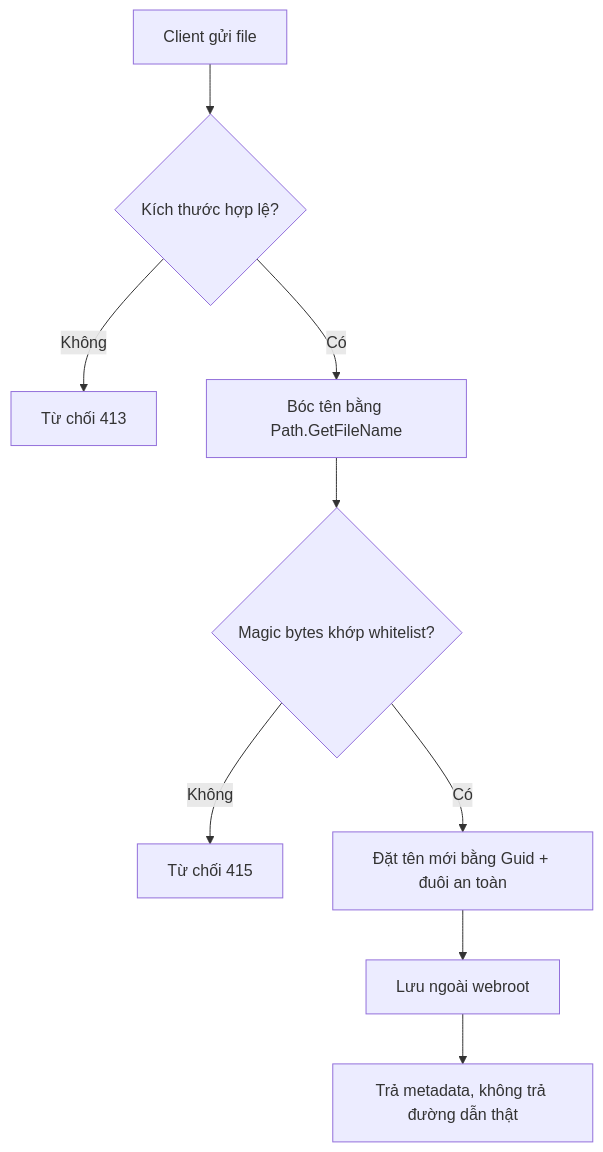
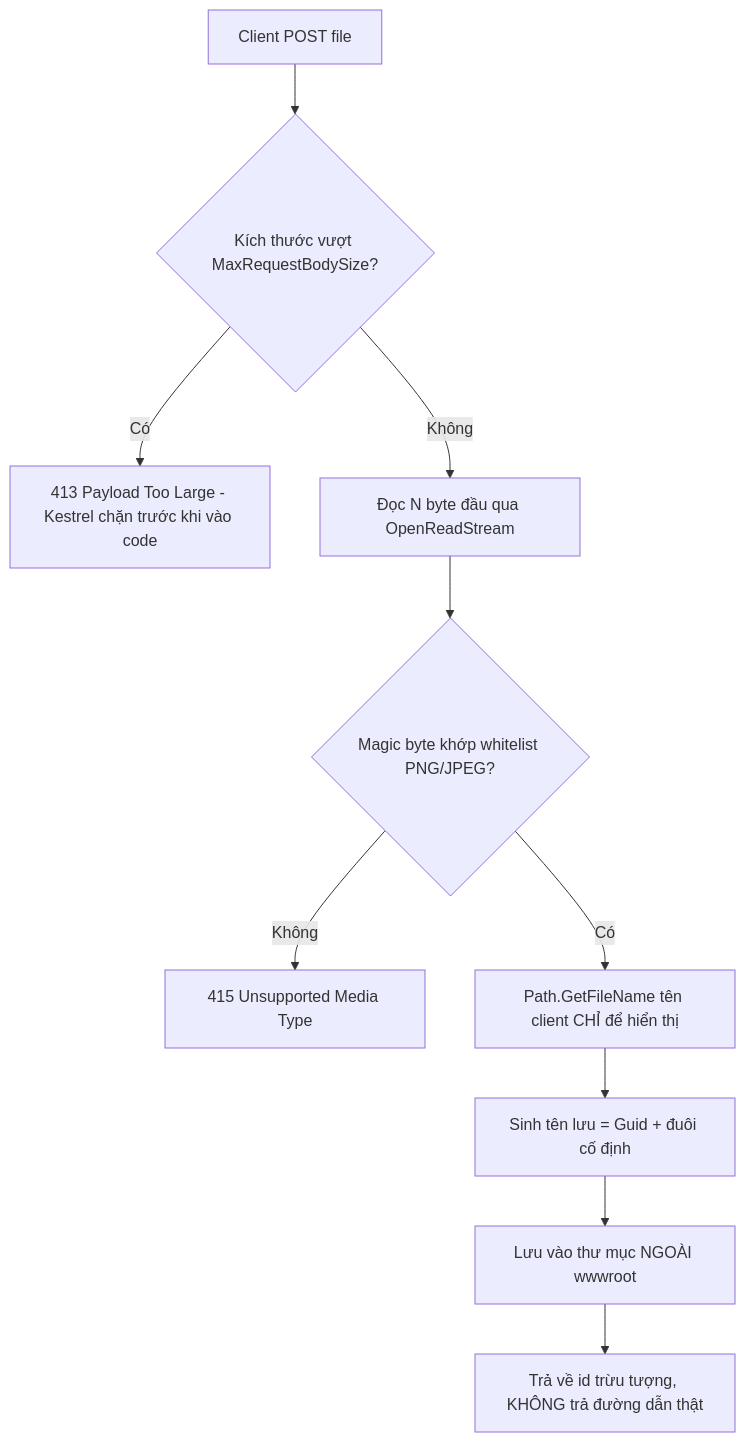
Before and after one commit to iamrealBi/learning-hub-v2: the diagram in docs/p4-bao-mat/tai-file-an-toan.md, drawn with Mermaid. The commit also changed other lines of this file and 7 other files, not shown here.

````diff
--- a/docs/p4-bao-mat/tai-file-an-toan.md
+++ b/docs/p4-bao-mat/tai-file-an-toan.md
@@ -44,11 +274,12 @@
 ```mermaid
 flowchart TD
-    A[Client gửi file] --> B{Kích thước hợp lệ?}
-    B -->|Không| R[Từ chối 413]
-    B -->|Có| C[Bóc tên bằng Path.GetFileName]
-    C --> D{Magic bytes khớp whitelist?}
-    D -->|Không| R2[Từ chối 415]
-    D -->|Có| E[Đặt tên mới bằng Guid + đuôi an toàn]
-    E --> F[Lưu ngoài webroot]
-    F --> G[Trả metadata, không trả đường dẫn thật]
+    A[Client POST file] --> B{Kích thước vượt MaxRequestBodySize?}
+    B -->|Có| R1[413 Payload Too Large - Kestrel chặn trước khi vào code]
+    B -->|Không| C[Đọc N byte đầu qua OpenReadStream]
+    C --> D{Magic byte khớp whitelist PNG/JPEG?}
+    D -->|Không| R2[415 Unsupported Media Type]
+    D -->|Có| E[Path.GetFileName tên client CHỈ để hiển thị]
+    E --> F[Sinh tên lưu = Guid + đuôi cố định]
+    F --> G[Lưu vào thư mục NGOÀI wwwroot]
+    G --> H[Trả về id trừu tượng, KHÔNG trả đường dẫn thật]
 ```
````
